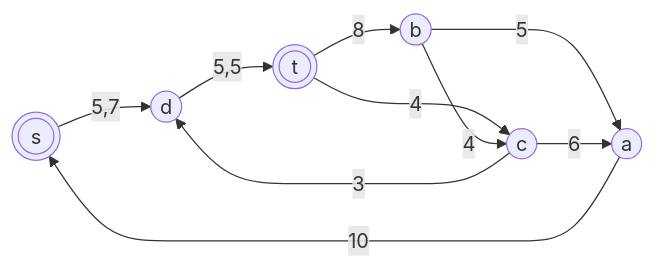
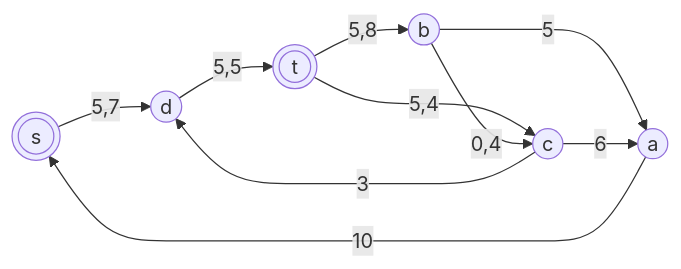
Before and after one commit to hse-algo-psapr-25/manual-tasks: the fifth of 8 diagrams in Задание 16/Rehash.md, drawn with Mermaid.

Commit message:
начало задания 16

````diff
--- a/Задание 16/Rehash.md
+++ b/Задание 16/Rehash.md
@@ -108,19 +108,19 @@
 ```mermaid
 graph LR
     s(((s)))
     a((a))
     b((b))
     c((c))
     d((d))
     t(((t)))
 
-    t -->|8| b
-    t -->|4| c
-    b -->|4| c
+    t -->|5,8| b
+    t -->|5,4| c
+    b -->|0,4| c
     d -->|5,5| t
     c -->|3| d
     b -->|5| a
     c -->|6| a
     s -->|5,7| d
     a -->|10| s
 ```
````
